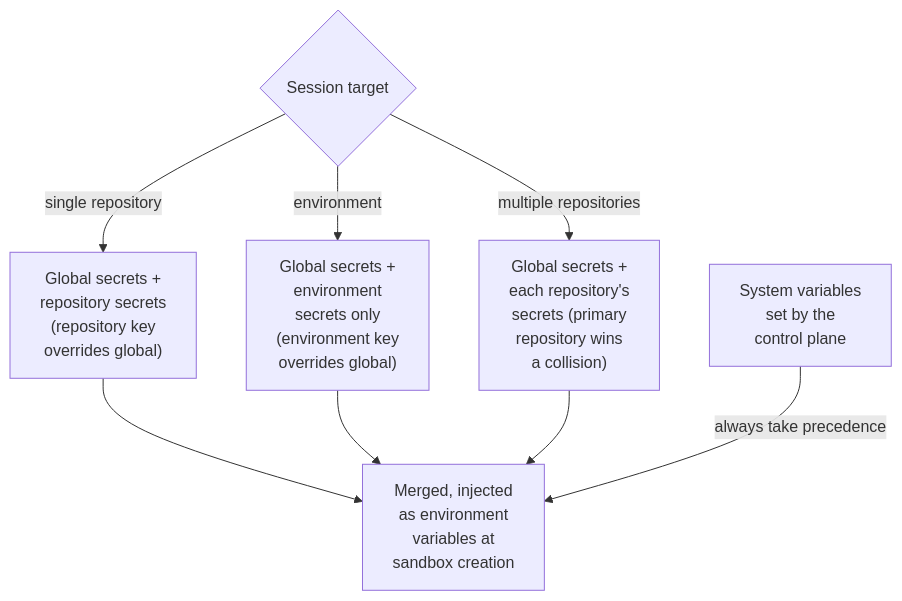
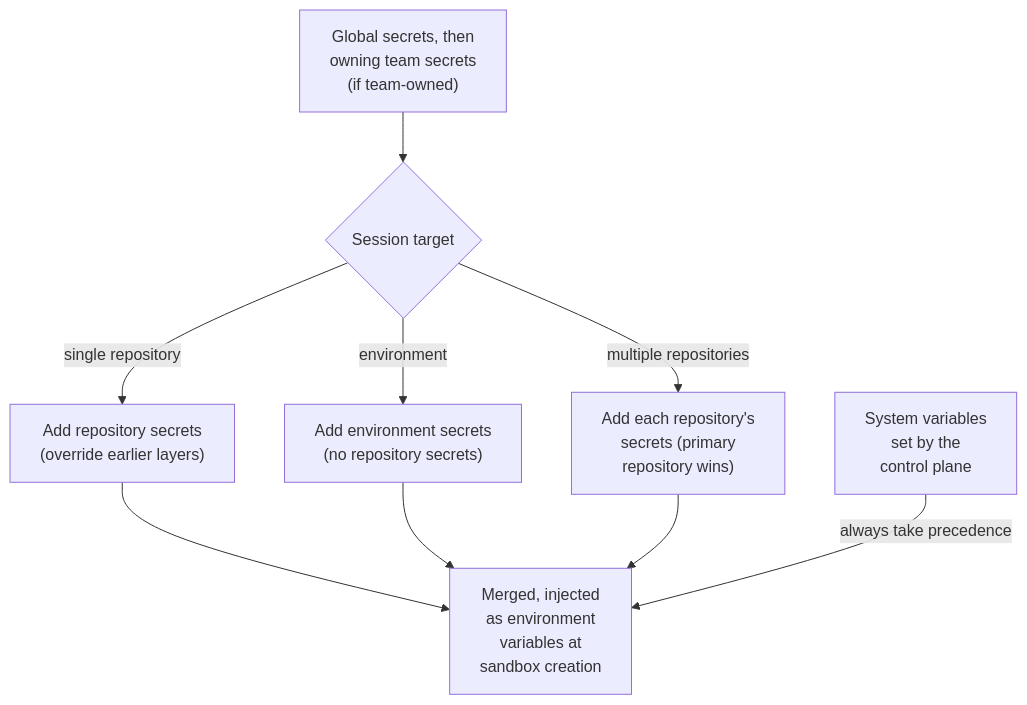
Before and after one commit to ColeMurray/background-agents: the diagram in packages/docs/content/docs/configure/secrets.mdx, drawn with Mermaid. The commit also changed other lines of this file and 33 other files, not shown here.

Commit message:
docs: update guides for team-owned resources and access

````diff
--- a/packages/docs/content/docs/configure/secrets.mdx
+++ b/packages/docs/content/docs/configure/secrets.mdx
@@ -44,12 +53,13 @@
 ```mermaid
 flowchart TB
     accTitle: Which secrets a session receives for each kind of target
     target{"Session target"}
-    target -- "single repository" --> repo["Global secrets +<br/>repository secrets<br/>(repository key<br/>overrides global)"]
-    target -- "environment" --> env["Global secrets +<br/>environment<br/>secrets only<br/>(environment key<br/>overrides global)"]
-    target -- "multiple repositories" --> multi["Global secrets +<br/>each repository's<br/>secrets (primary<br/>repository wins<br/>a collision)"]
+    base["Global secrets, then<br/>owning team secrets<br/>(if team-owned)"] --> target
+    target -- "single repository" --> repo["Add repository secrets<br/>(override earlier layers)"]
+    target -- "environment" --> env["Add environment secrets<br/>(no repository secrets)"]
+    target -- "multiple repositories" --> multi["Add each repository's<br/>secrets (primary<br/>repository wins)"]
     repo --> merged["Merged, injected<br/>as environment<br/>variables at<br/>sandbox creation"]
     env --> merged
     multi --> merged
     system["System variables<br/>set by the<br/>control plane"] -- "always take precedence" --> merged
 ```
````
